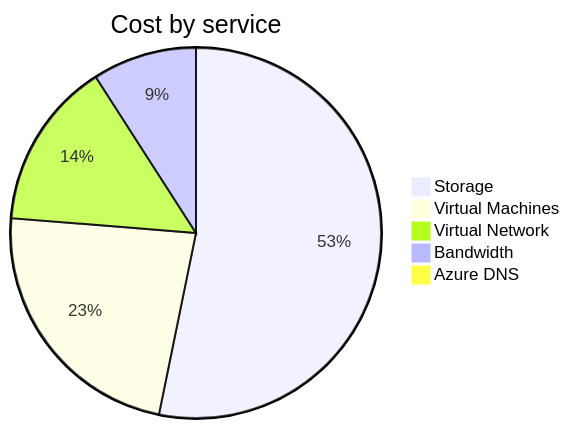
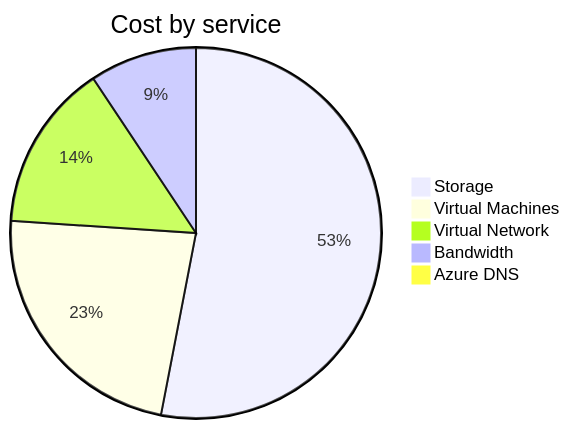
Before and after one commit to jpfulton/azure-personal-reports: the second of 4 diagrams in cost-reports/personal-network/README.md, drawn with Mermaid. The commit also changed other lines of this file and 8 other files, not shown here.

````diff
--- a/cost-reports/personal-network/README.md
+++ b/cost-reports/personal-network/README.md
@@ -97,9 +97,9 @@
 ```mermaid
 pie
    title Cost by service
-   "Storage" : 22.65
-   "Virtual Machines" : 9.82
-   "Virtual Network" : 6.23
-   "Bandwidth" : 3.87
-   "Azure DNS" : 0.42
+   "Storage" : 23.45
+   "Virtual Machines" : 10.18
+   "Virtual Network" : 6.46
+   "Bandwidth" : 4.13
+   "Azure DNS" : 0.43
 ```
````
